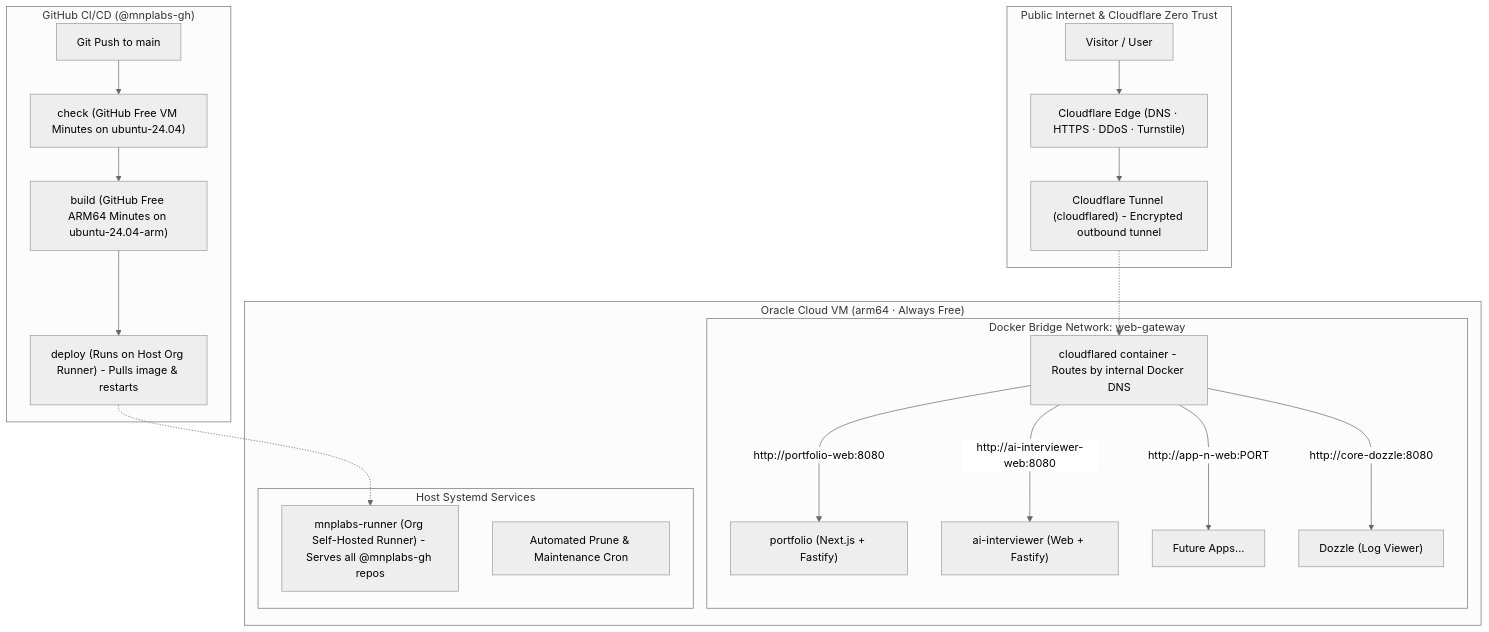
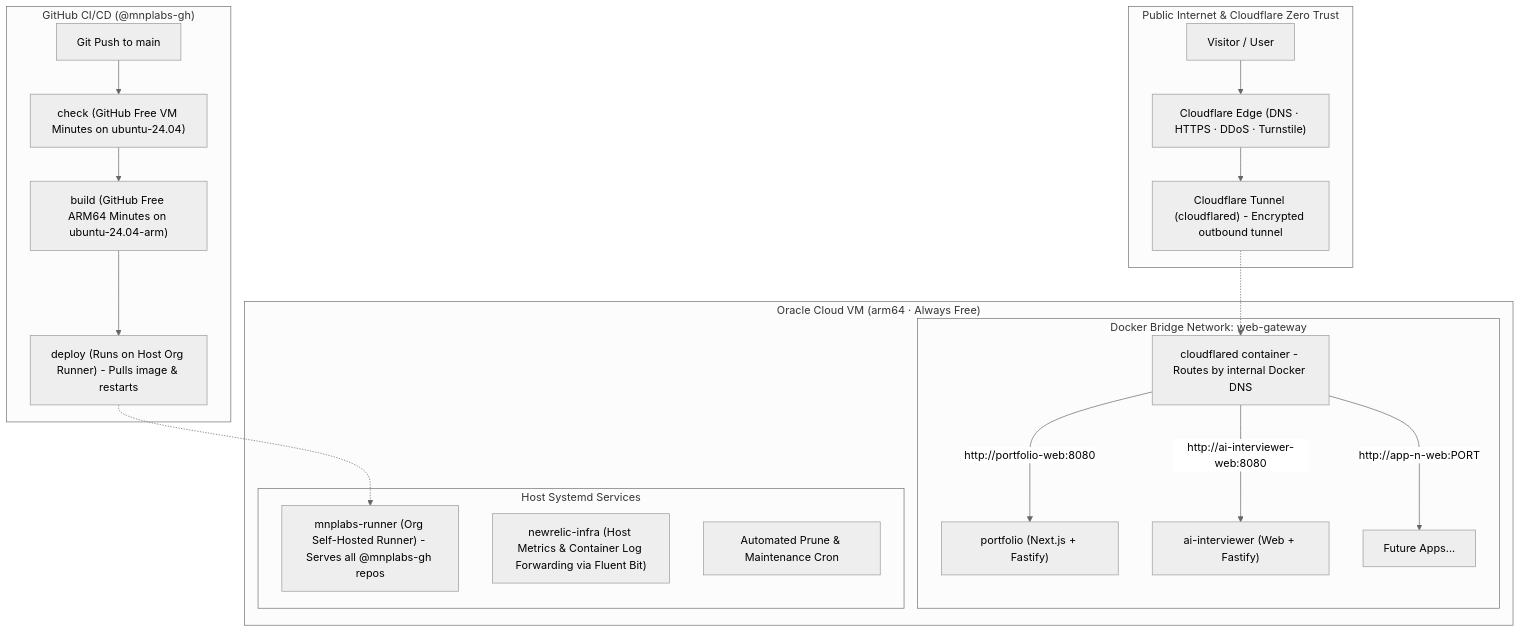
The diagram in README.md (mnplabs-gh/server-infra), drawn with Mermaid (neutral theme) before and after one commit. The commit also changed 2 other files, not shown here.

Commit message:
docs: document New Relic infrastructure monitoring and disaster recovery

````diff
--- a/README.md
+++ b/README.md
@@ -7,32 +7,32 @@
 ```mermaid
 flowchart TD
   subgraph internet["Public Internet & Cloudflare Zero Trust"]
     visitor["Visitor / User"] --> cf["Cloudflare Edge (DNS · HTTPS · DDoS · Turnstile)"]
     tunnel["Cloudflare Tunnel (cloudflared) - Encrypted outbound tunnel"]
     cf --> tunnel
   end
 
   subgraph vm["Oracle Cloud VM (arm64 · Always Free)"]
     subgraph dockerNet["Docker Bridge Network: web-gateway"]
       cfContainer["cloudflared container - Routes by internal Docker DNS"]
       tunnel -.-> cfContainer
 
       cfContainer -->|"http://portfolio-web:8080"| app1["portfolio (Next.js + Fastify)"]
       cfContainer -->|"http://ai-interviewer-web:8080"| app2["ai-interviewer (Web + Fastify)"]
       cfContainer -->|"http://app-n-web:PORT"| appN["Future Apps..."]
-      cfContainer -->|"http://core-dozzle:8080"| logs["Dozzle (Log Viewer)"]
     end
 
     subgraph runnerHost["Host Systemd Services"]
       runner["mnplabs-runner (Org Self-Hosted Runner) - Serves all @mnplabs-gh repos"]
+      newrelic["newrelic-infra (Host Metrics & Container Log Forwarding via Fluent Bit)"]
       cron["Automated Prune & Maintenance Cron"]
     end
   end
 
   subgraph github["GitHub CI/CD (@mnplabs-gh)"]
     commit["Git Push to main"] --> checkJob["check (GitHub Free VM Minutes on ubuntu-24.04)"]
     checkJob --> buildJob["build (GitHub Free ARM64 Minutes on ubuntu-24.04-arm)"]
     buildJob --> deployJob["deploy (Runs on Host Org Runner) - Pulls image & restarts"]
     deployJob -.-> runner
   end
 ```
````
